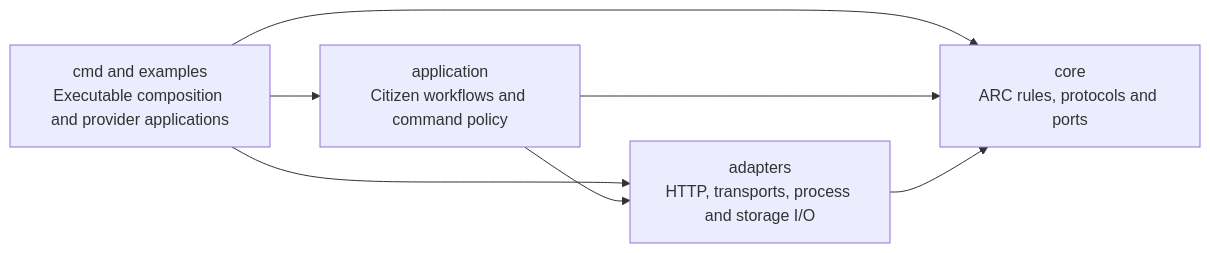
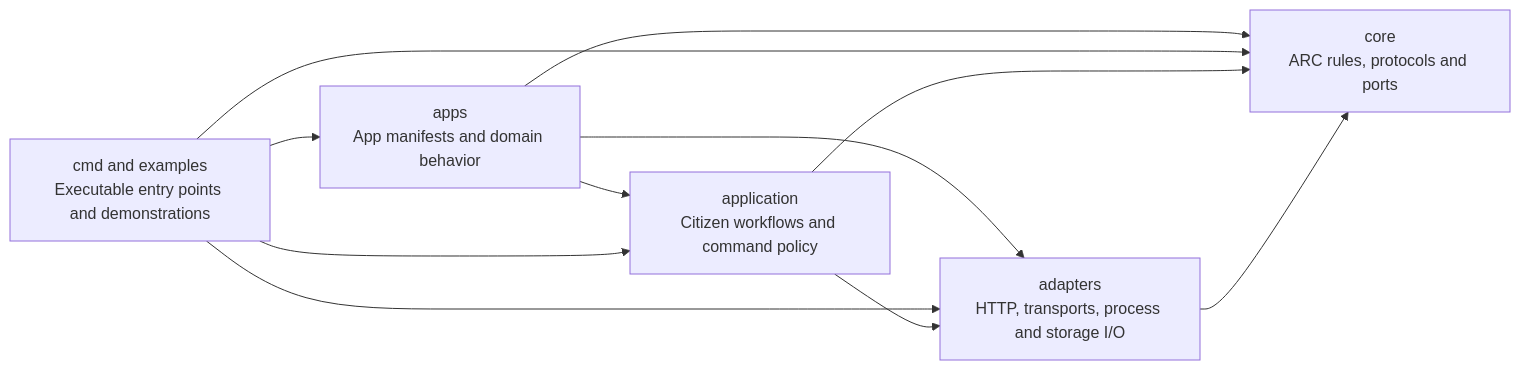
Before and after one commit to gezibash/arc: the diagram in docs/ARCHITECTURE.md, drawn with Mermaid. The commit also changed other lines of this file and 147 other files, not shown here.

````diff
--- a/docs/ARCHITECTURE.md
+++ b/docs/ARCHITECTURE.md
@@ -7,13 +7,18 @@
 ```mermaid
 flowchart LR
-    ENTRY["cmd and examples<br/>Executable composition and provider applications"]
+    ENTRY["cmd and examples<br/>Executable entry points and demonstrations"]
+    APPS["apps<br/>App manifests and domain behavior"]
     APP["application<br/>Citizen workflows and command policy"]
     ADAPTER["adapters<br/>HTTP, transports, process and storage I/O"]
     CORE["core<br/>ARC rules, protocols and ports"]
+    ENTRY --> APPS
+    APPS --> APP
+    APPS --> ADAPTER
+    APPS --> CORE
     ENTRY --> APP
     ENTRY --> ADAPTER
     ENTRY --> CORE
     APP --> ADAPTER
     APP --> CORE
     ADAPTER --> CORE
 ```
````
